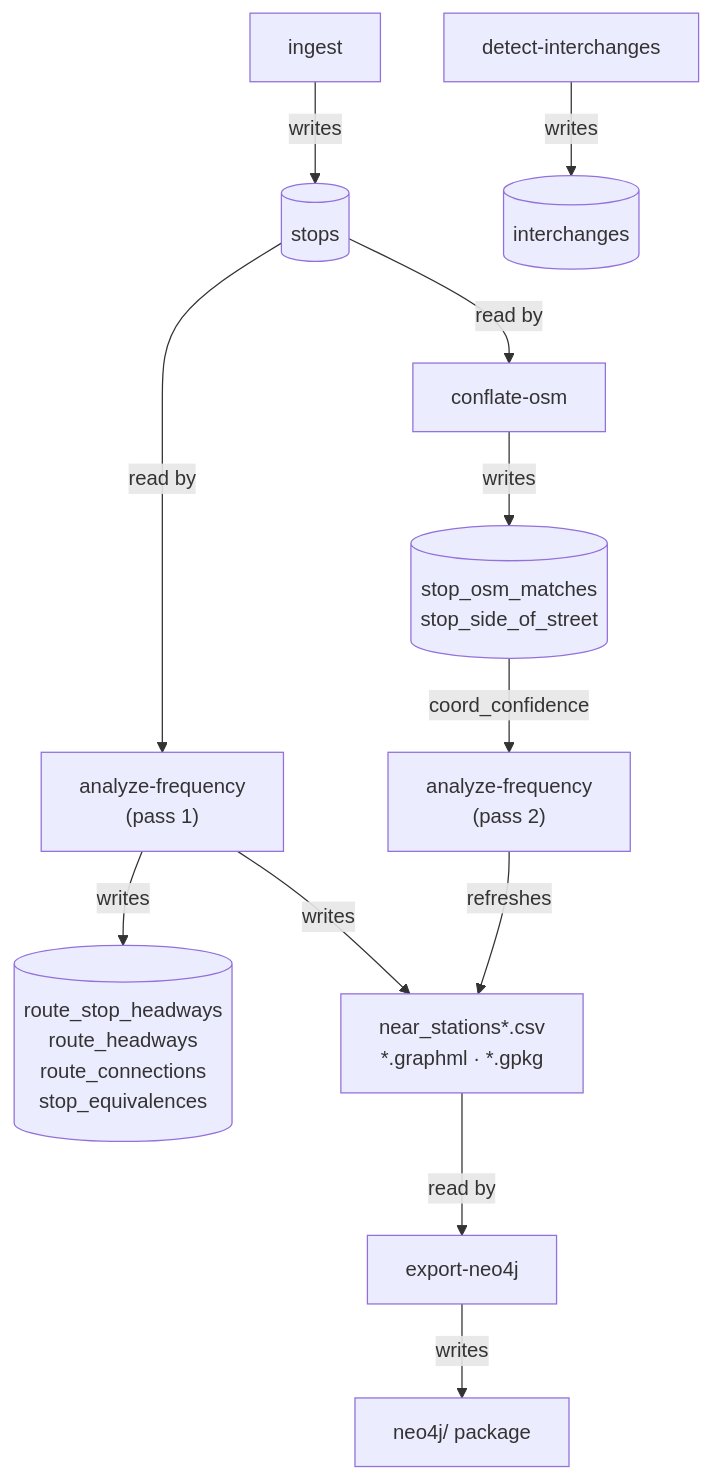
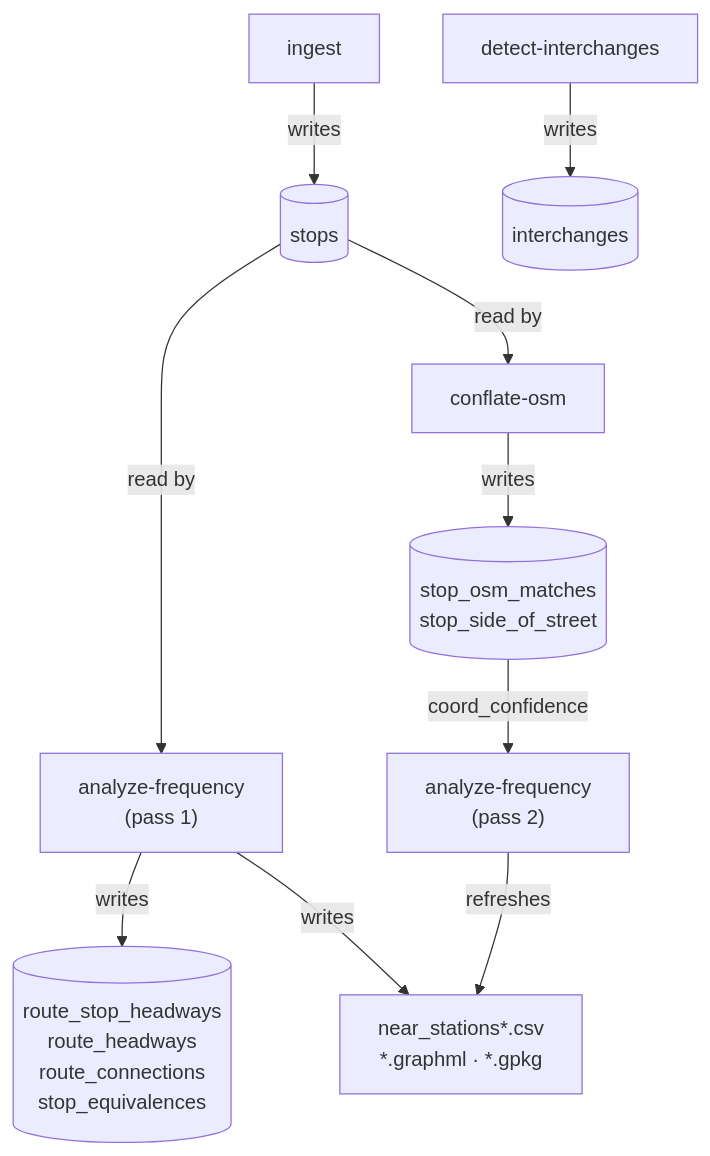
The second of 16 diagrams in docs/guide/pipeline-guide.md (Pandap845/GeoApp), drawn with Mermaid before and after one commit. The commit also changed other lines of this file and 24 other files, not shown here.

````diff
--- a/docs/guide/pipeline-guide.md
+++ b/docs/guide/pipeline-guide.md
@@ -88,14 +87,12 @@
 ```mermaid
 flowchart TB
     I["ingest"] -->|writes| T1[("stops")]
     T1 -->|read by| A1["analyze-frequency<br/>(pass 1)"]
     A1 -->|writes| T2[("route_stop_headways<br/>route_headways<br/>route_connections<br/>stop_equivalences")]
     A1 -->|writes| F1["near_stations*.csv<br/>*.graphml · *.gpkg"]
     D["detect-interchanges"] -->|writes| T3[("interchanges")]
     T1 -->|read by| C["conflate-osm"]
     C -->|writes| T4[("stop_osm_matches<br/>stop_side_of_street")]
     T4 -->|coord_confidence| A2["analyze-frequency<br/>(pass 2)"]
     A2 -->|refreshes| F1
-    F1 -->|read by| N["export-neo4j"]
-    N -->|writes| F2["neo4j/ package"]
 ```
````
